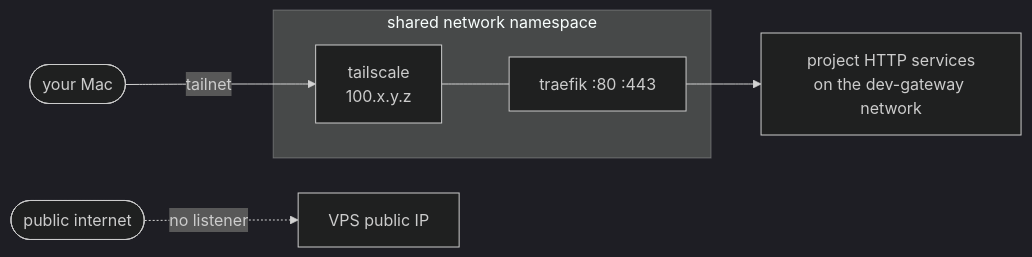
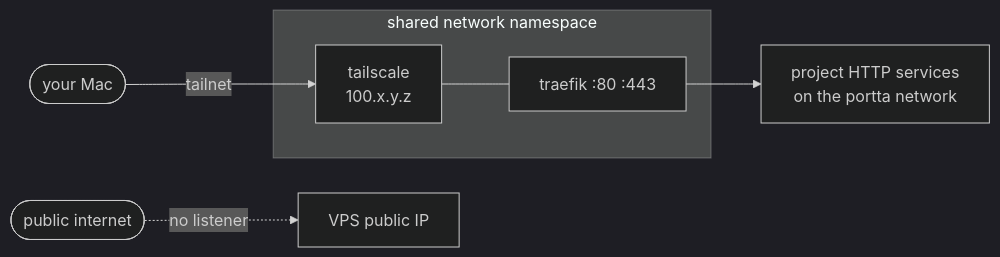
One commit to fabioassuncao/dev-gateway changed the diagram in docs/tailscale.md. Above: the diagram before and after it, drawn with Mermaid (dark theme). The commit also changed other lines of this file and 288 other files, not shown here.

````diff
--- a/docs/tailscale.md
+++ b/docs/tailscale.md
@@ -31,11 +31,11 @@
 ```mermaid
 flowchart LR
     mac([your Mac]) -->|tailnet| ts
     subgraph ns [shared network namespace]
         ts[tailscale<br/>100.x.y.z]
         tr[traefik :80 :443]
     end
     ts --- tr
-    tr --> apps[project HTTP services<br/>on the dev-gateway network]
+    tr --> apps[project HTTP services<br/>on the portta network]
     internet([public internet]) -.->|no listener| vps[VPS public IP]
 ```
````
